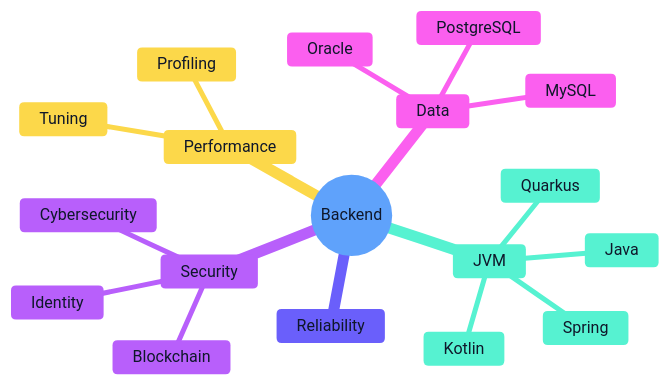
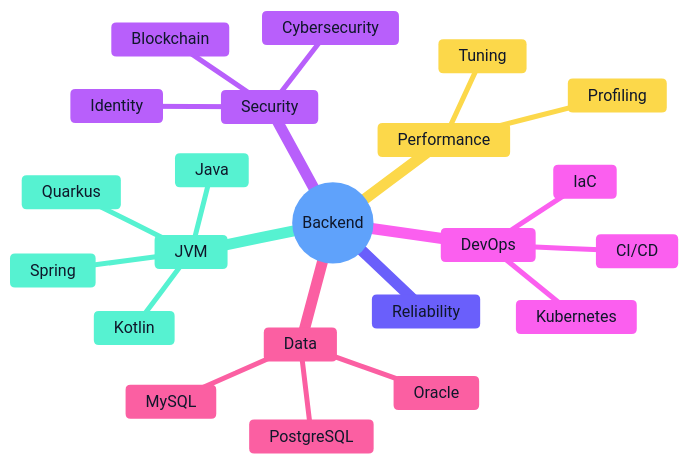
The first of 2 diagrams in README.md (npapatheodorou/npapatheodorou), drawn with Mermaid before and after one commit. The commit also changed other lines of this file, not shown here.

````diff
--- a/README.md
+++ b/README.md
@@ -65,22 +119,26 @@
 ```mermaid
 %%{init: {'theme':'base','themeVariables':{'primaryColor':'#DBEAFE','primaryTextColor':'#0F172A','primaryBorderColor':'#3B82F6','secondaryColor':'#CCFBF1','secondaryTextColor':'#0F172A','secondaryBorderColor':'#14B8A6','tertiaryColor':'#FEF3C7','tertiaryTextColor':'#0F172A','tertiaryBorderColor':'#F59E0B','lineColor':'#475569','textColor':'#0F172A'}}}%%
 mindmap
   root((Backend))
     JVM
       Java
       Kotlin
       Spring
       Quarkus
     Performance
       Profiling
       Tuning
     Reliability
     Security
       Blockchain
       Identity
       Cybersecurity
+    DevOps
+      CI/CD
+      IaC
+      Kubernetes
     Data
       Oracle
       PostgreSQL
       MySQL
 ```
````
